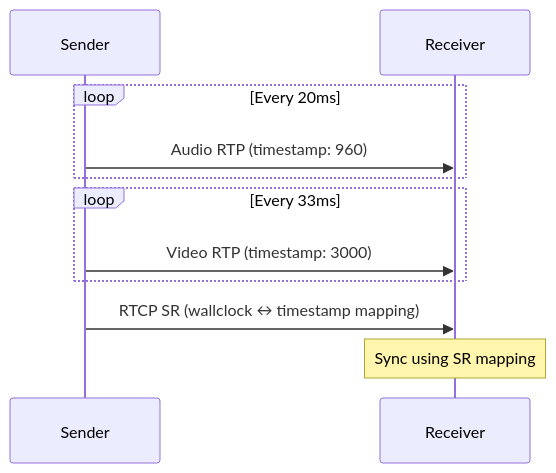
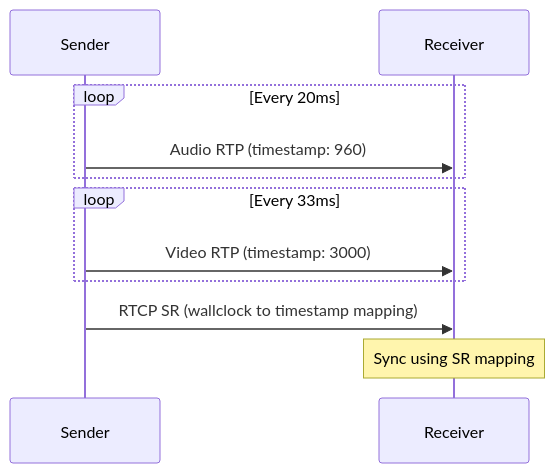
The sixth of 6 diagrams in WebRTC/05-media-flow.md (zJUNAIDz/vibe-learning-dump), drawn with Mermaid before and after one commit. The commit also changed 7 other files, not shown here.

Commit message:
mermaid diagram fixes

````diff
--- a/WebRTC/05-media-flow.md
+++ b/WebRTC/05-media-flow.md
@@ -543,17 +543,17 @@
 ```mermaid
 sequenceDiagram
     participant Sender
     participant Receiver
     
     loop Every 20ms
         Sender->>Receiver: Audio RTP (timestamp: 960)
     end
     
     loop Every 33ms
         Sender->>Receiver: Video RTP (timestamp: 3000)
     end
     
-    Sender->>Receiver: RTCP SR (wallclock ↔ timestamp mapping)
+    Sender->>Receiver: RTCP SR (wallclock to timestamp mapping)
     
     Note over Receiver: Sync using SR mapping
 ```
````
